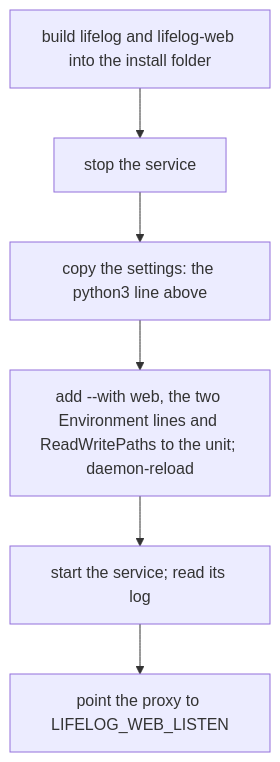
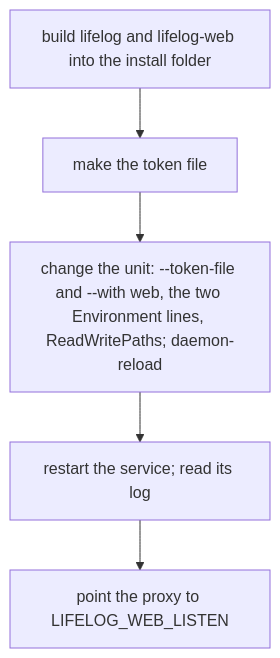
The second of 7 diagrams in extensions/web/README.md (alexradunet/aminte), drawn with Mermaid before and after one commit. The commit also changed other lines of this file and 13 other files, not shown here.

````diff
--- a/extensions/web/README.md
+++ b/extensions/web/README.md
@@ -80,8 +70,7 @@
 ```mermaid
 flowchart TD
-  B["build lifelog and lifelog-web into the install folder"] --> S["stop the service"]
-  S --> C["copy the settings: the python3 line above"]
-  C --> U["add --with web, the two Environment lines and ReadWritePaths to the unit; daemon-reload"]
-  U --> R["start the service; read its log"]
+  B["build lifelog and lifelog-web into the install folder"] --> T["make the token file"]
+  T --> U["change the unit: --token-file and --with web, the two Environment lines, ReadWritePaths; daemon-reload"]
+  U --> R["restart the service; read its log"]
   R --> P["point the proxy to LIFELOG_WEB_LISTEN"]
 ```
````
